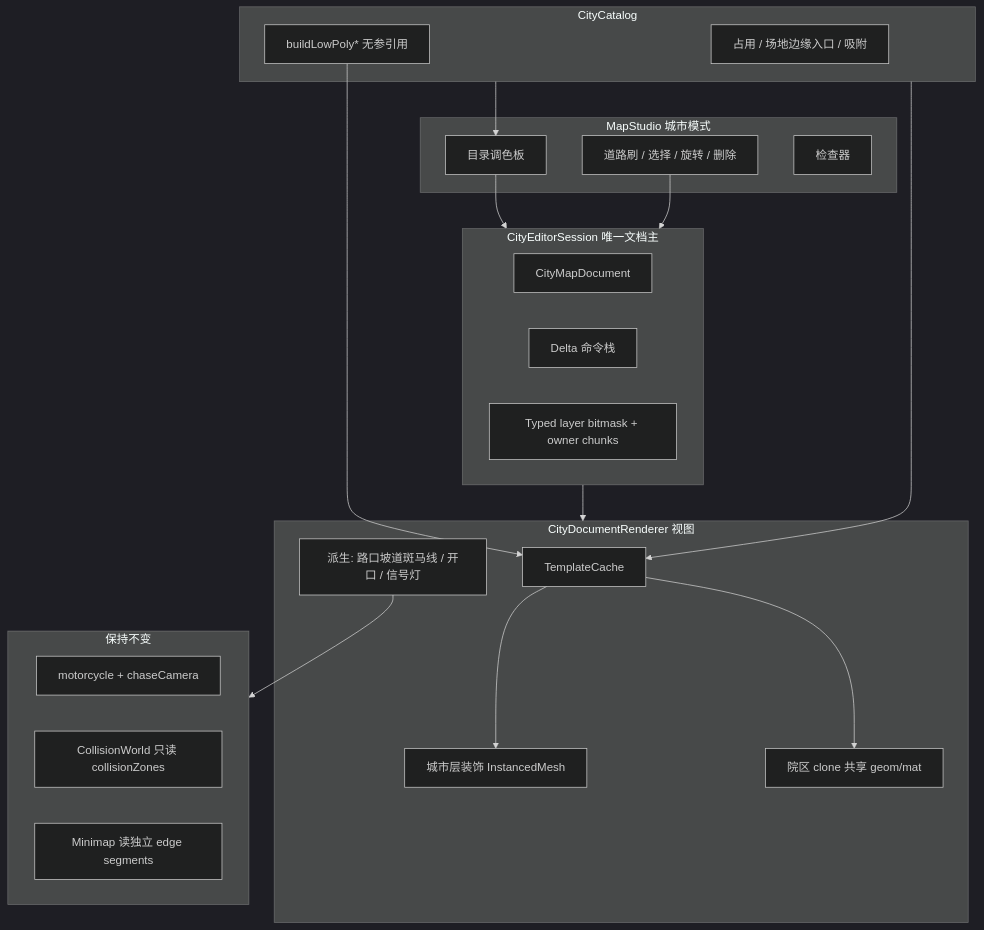
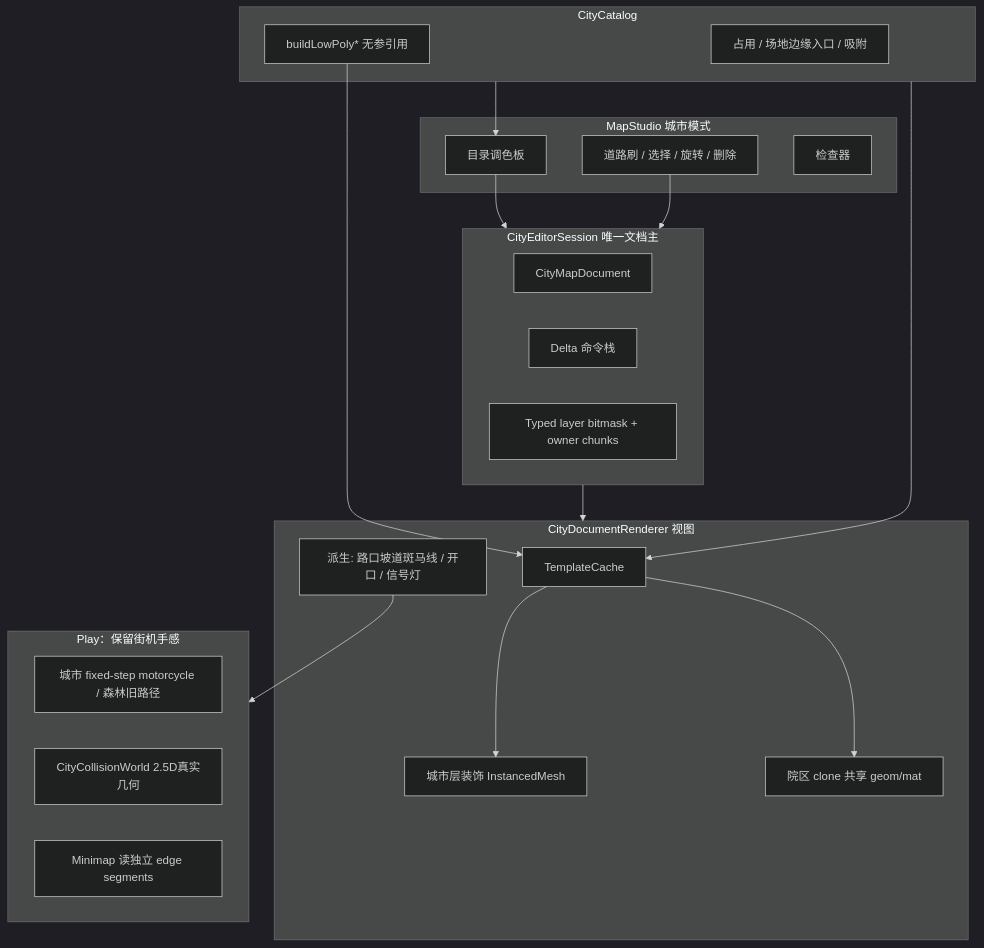
Before and after one commit to boyisterry/game_forest: the first of 3 diagrams in docs/superpowers/specs/2026-08-15-city-map-editor-design.md, drawn with Mermaid (dark theme). The commit also changed other lines of this file, not shown here.

Commit message:
Refine city map editor collision design

````diff
--- a/docs/superpowers/specs/2026-08-15-city-map-editor-design.md
+++ b/docs/superpowers/specs/2026-08-15-city-map-editor-design.md
@@ -127,42 +129,42 @@
 ```mermaid
 flowchart TB
   subgraph ui [MapStudio 城市模式]
     Palette[目录调色板]
     Tools[道路刷 / 选择 / 旋转 / 删除]
     Inspector[检查器]
   end
 
   subgraph session [CityEditorSession 唯一文档主]
     Doc[CityMapDocument]
     Cmd[Delta 命令栈]
     Occupancy[Typed layer bitmask + owner chunks]
   end
 
   subgraph catalog [CityCatalog]
     Factories["buildLowPoly* 无参引用"]
     Footprints[占用 / 场地边缘入口 / 吸附]
   end
 
   subgraph render [CityDocumentRenderer 视图]
     Cache[TemplateCache]
     Instanced[城市层装饰 InstancedMesh]
     Clones[院区 clone 共享 geom/mat]
     Derived[派生: 路口坡道斑马线 / 开口 / 信号灯]
   end
 
-  subgraph play [保持不变]
-    Ride[motorcycle + chaseCamera]
-    Collide[CollisionWorld 只读 collisionZones]
+  subgraph play [Play：保留街机手感]
+    Ride[城市 fixed-step motorcycle / 森林旧路径]
+    Collide[CityCollisionWorld 2.5D真实几何]
     Mini[Minimap 读独立 edge segments]
   end
 
   Palette --> session
   Tools --> session
   session --> render
   catalog --> Palette
   catalog --> Cache
   Factories --> Cache
   Cache --> Instanced
   Cache --> Clones
   Derived --> play
 ```
````
